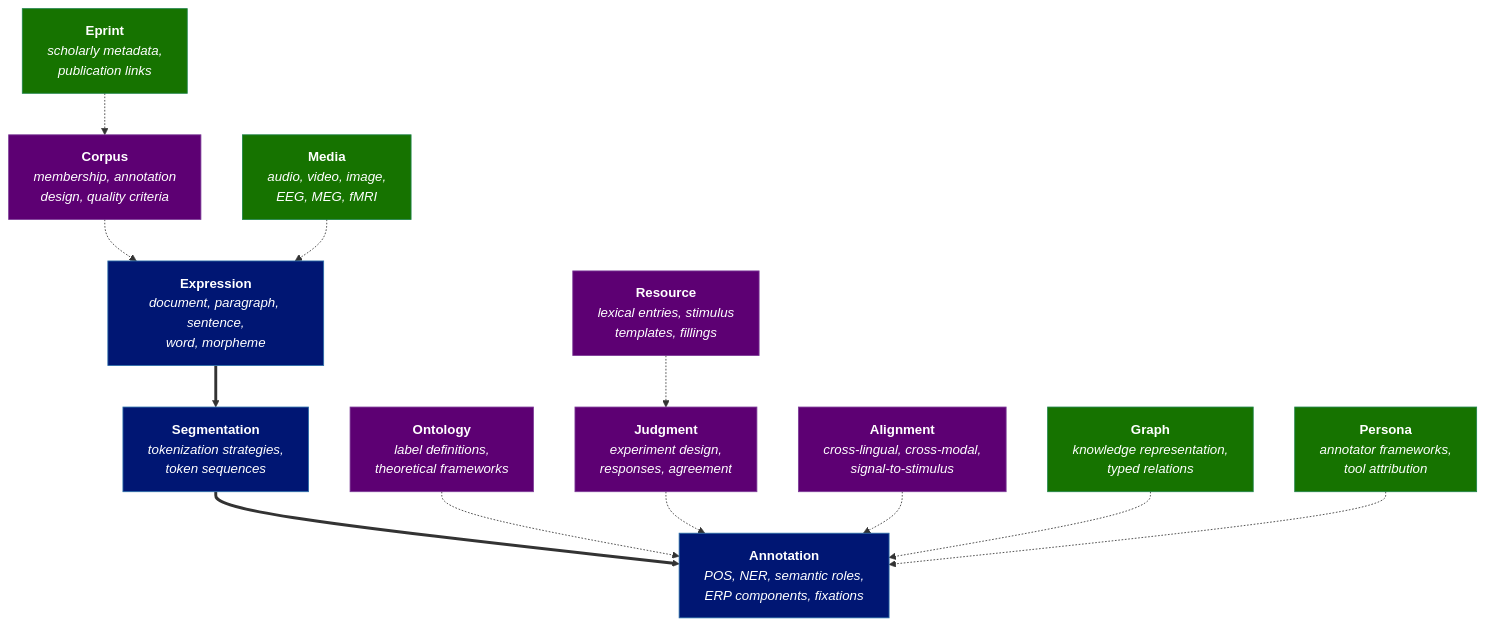
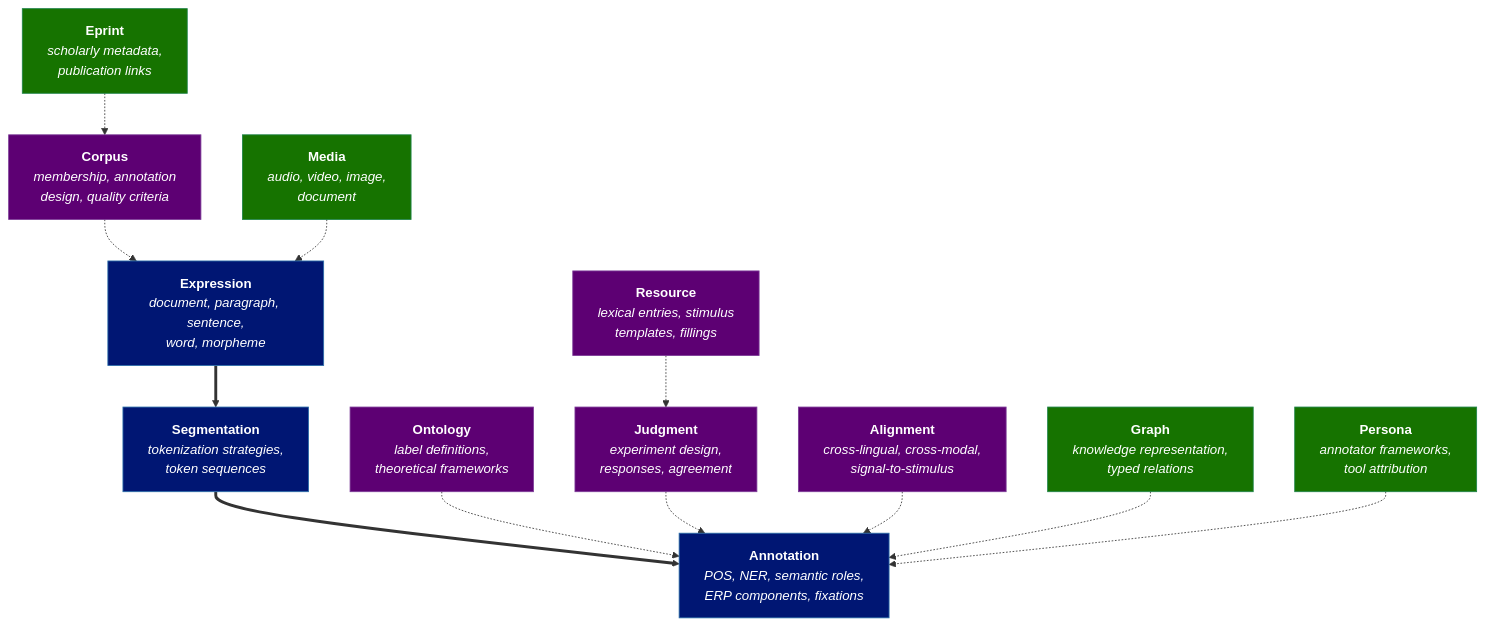
The diagram in docs/docs/introduction.md (layers-pub/layers), drawn with Mermaid before and after one commit. The commit also changed other lines of this file, not shown here.

````diff
--- a/docs/docs/introduction.md
+++ b/docs/docs/introduction.md
@@ -45,37 +45,37 @@
 ```mermaid
 flowchart TD
     E["<b>Expression</b><br/><i>document, paragraph, sentence,<br/>word, morpheme</i>"]
     S["<b>Segmentation</b><br/><i>tokenization strategies,<br/>token sequences</i>"]
     A["<b>Annotation</b><br/><i>POS, NER, semantic roles,<br/>ERP components, fixations</i>"]
 
     E ==> S ==> A
 
     O["<b>Ontology</b><br/><i>label definitions,<br/>theoretical frameworks</i>"]
     C["<b>Corpus</b><br/><i>membership, annotation<br/>design, quality criteria</i>"]
     R["<b>Resource</b><br/><i>lexical entries, stimulus<br/>templates, fillings</i>"]
     J["<b>Judgment</b><br/><i>experiment design,<br/>responses, agreement</i>"]
     AL["<b>Alignment</b><br/><i>cross-lingual, cross-modal,<br/>signal-to-stimulus</i>"]
 
     G["<b>Graph</b><br/><i>knowledge representation,<br/>typed relations</i>"]
-    M["<b>Media</b><br/><i>audio, video, image,<br/>EEG, MEG, fMRI</i>"]
+    M["<b>Media</b><br/><i>audio, video, image,<br/>document</i>"]
     EP["<b>Eprint</b><br/><i>scholarly metadata,<br/>publication links</i>"]
     P["<b>Persona</b><br/><i>annotator frameworks,<br/>tool attribution</i>"]
 
     O -.-> A
     C -.-> E
     R -.-> J
     J -.-> A
     AL -.-> A
     M -.-> E
     G -.-> A
     EP -.-> C
     P -.-> A
 
     classDef core fill:#001673,stroke:#2c6faa,color:#fff
     classDef track fill:#5D0073,stroke:#7d3c98,color:#fff
     classDef integ fill:#167300,stroke:#1e8449,color:#fff
 
     class E,S,A core
     class O,C,R,J,AL track
     class G,M,EP,P integ
 ```
````
